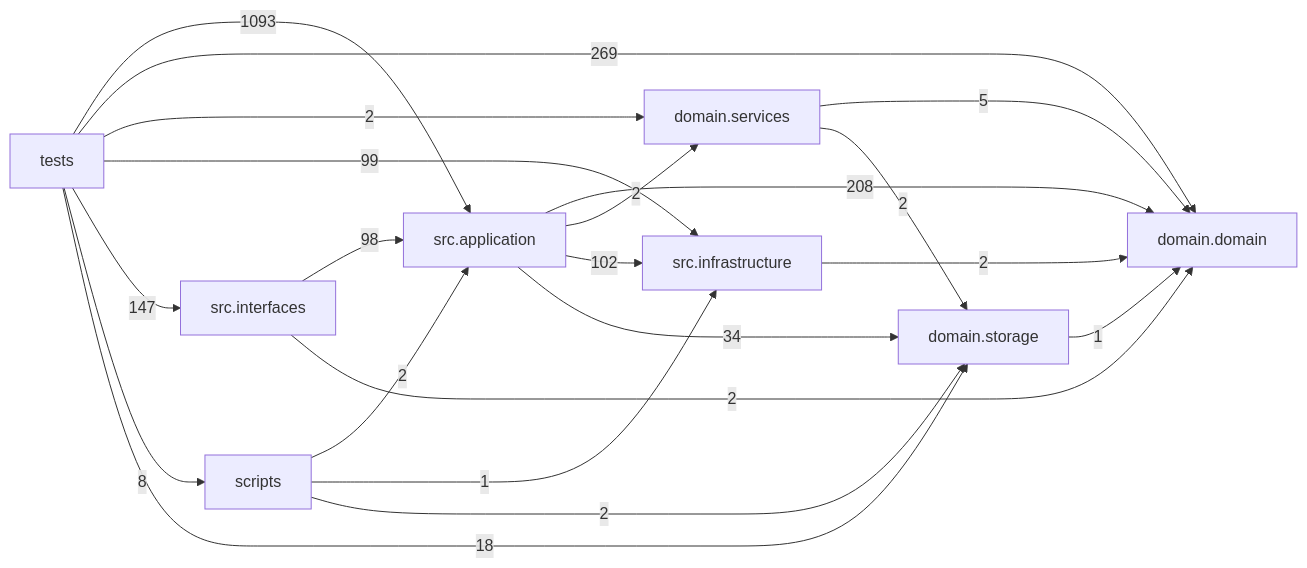
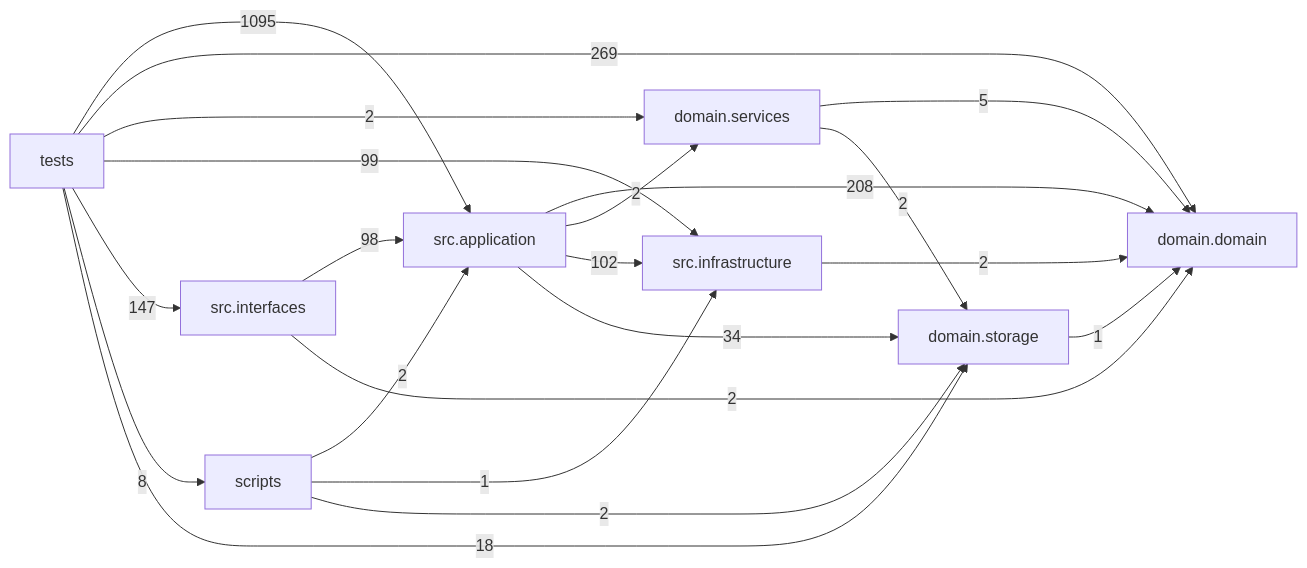
Before and after one commit to liuxie066/options-monitor: the diagram in docs/DEPENDENCY_GRAPH.md, drawn with Mermaid. The commit also changed other lines of this file and 15 other files, not shown here.

````diff
--- a/docs/DEPENDENCY_GRAPH.md
+++ b/docs/DEPENDENCY_GRAPH.md
@@ -24,31 +24,31 @@
 ```mermaid
 flowchart LR
   tests["tests"]
   scripts["scripts"]
   interfaces["src.interfaces"]
   application["src.application"]
   infrastructure["src.infrastructure"]
   domain_services["domain.services"]
   domain["domain.domain"]
   storage["domain.storage"]
   application -->|208| domain
   application -->|2| domain_services
   application -->|102| infrastructure
   application -->|34| storage
   domain_services -->|5| domain
   domain_services -->|2| storage
   infrastructure -->|2| domain
   interfaces -->|98| application
   interfaces -->|2| domain
   scripts -->|2| application
   scripts -->|1| infrastructure
   scripts -->|2| storage
   storage -->|1| domain
-  tests -->|1093| application
+  tests -->|1095| application
   tests -->|269| domain
   tests -->|2| domain_services
   tests -->|99| infrastructure
   tests -->|147| interfaces
   tests -->|8| scripts
   tests -->|18| storage
 ```
````
